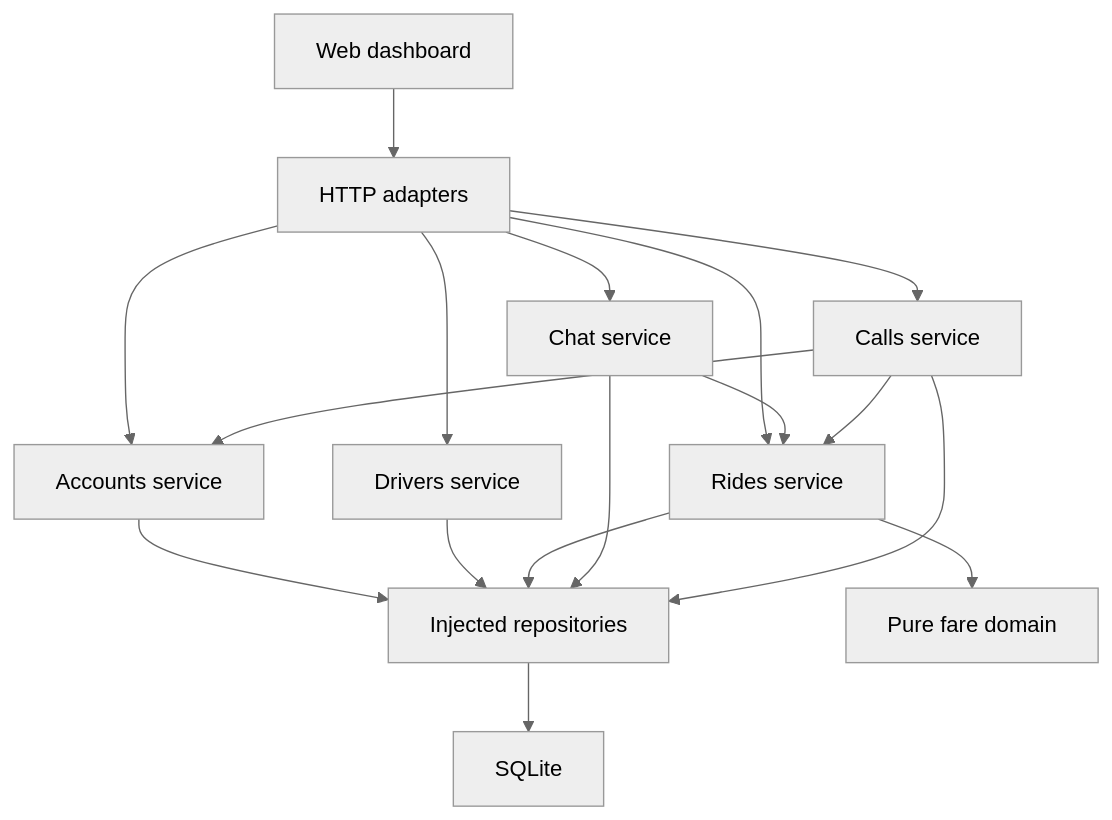
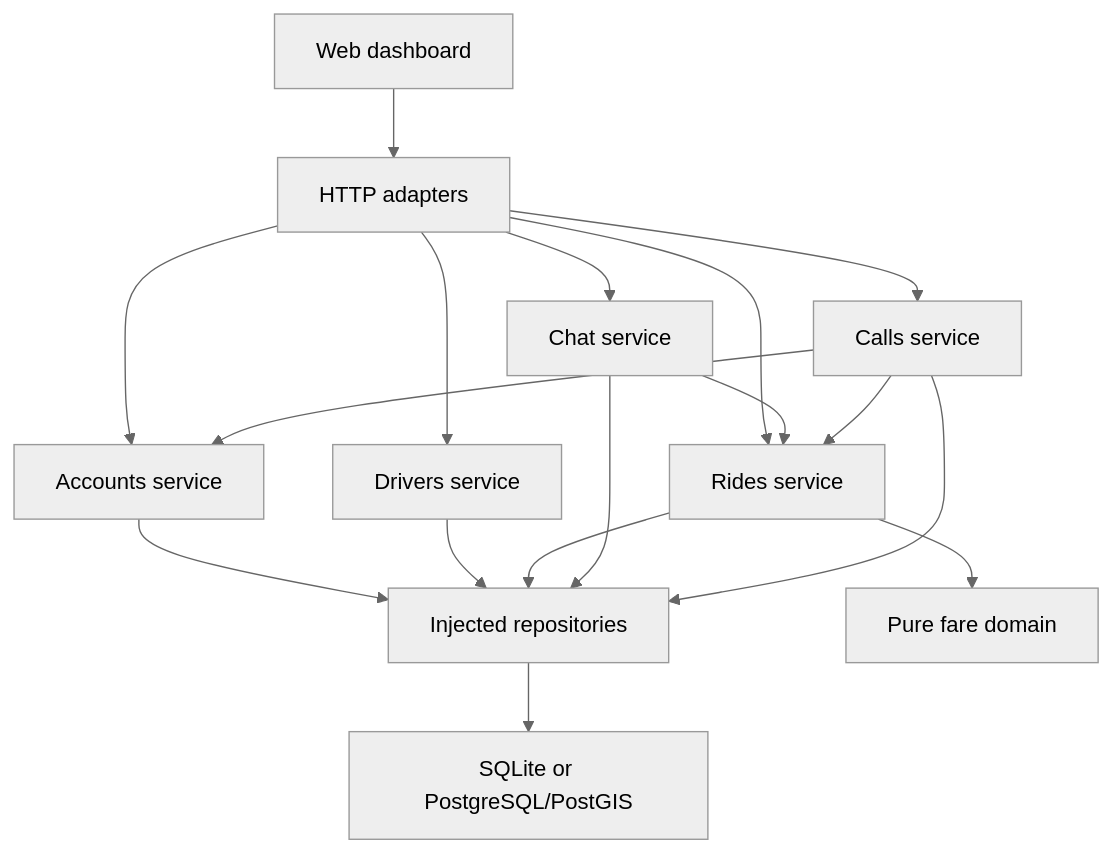
One commit to Dax22/taxi-ai changed the diagram in docs/architecture.md. Above: the diagram before and after it, drawn with Mermaid (neutral theme). The commit also changed other lines of this file and 170 other files, not shown here.

First line of the commit message:
Add PostgreSQL scaling path, regional workers and account update streams

````diff
--- a/docs/architecture.md
+++ b/docs/architecture.md
@@ -93,19 +101,19 @@
 ```mermaid
 flowchart TD
   Web[Web dashboard] --> HTTP[HTTP adapters]
   HTTP --> Accounts[Accounts service]
   HTTP --> Drivers[Drivers service]
   HTTP --> Rides[Rides service]
   HTTP --> Chat[Chat service]
   HTTP --> Calls[Calls service]
   Accounts --> Repos[Injected repositories]
   Drivers --> Repos
   Rides --> Repos
   Rides --> Domain[Pure fare domain]
   Chat --> Repos
   Chat --> Rides
   Calls --> Repos
   Calls --> Accounts
   Calls --> Rides
-  Repos --> DB[SQLite]
+  Repos --> DB["SQLite or PostgreSQL/PostGIS"]
 ```
````
